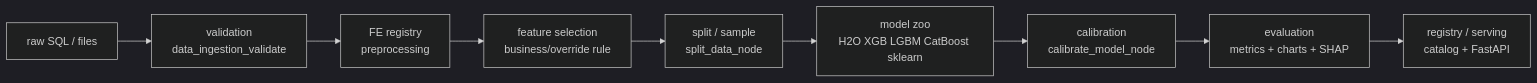
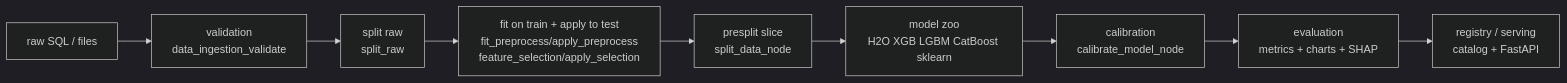
Before and after one commit to ankithaldar/all_projects: the third of 6 diagrams in forecast_ml_framework/README.md, drawn with Mermaid (dark theme). The commit also changed other lines of this file and 125 other files, not shown here.

````diff
--- a/forecast_ml_framework/README.md
+++ b/forecast_ml_framework/README.md
@@ -549,11 +615,11 @@
 ```mermaid
 flowchart LR
   A["raw SQL / files"] --> B["validation<br/>data_ingestion_validate"]
-  B --> C["FE registry<br/>preprocessing"]
-  C --> D["feature selection<br/>business/override rule"]
-  D --> E["split / sample<br/>split_data_node"]
+  B --> C["split raw<br/>split_raw"]
+  C --> D["fit on train + apply to test<br/>fit_preprocess/apply_preprocess<br/>feature_selection/apply_selection"]
+  D --> E["presplit slice<br/>split_data_node"]
   E --> F["model zoo<br/>H2O XGB LGBM CatBoost sklearn"]
   F --> G["calibration<br/>calibrate_model_node"]
   G --> H["evaluation<br/>metrics + charts + SHAP"]
   H --> I["registry / serving<br/>catalog + FastAPI"]
 ```
````
